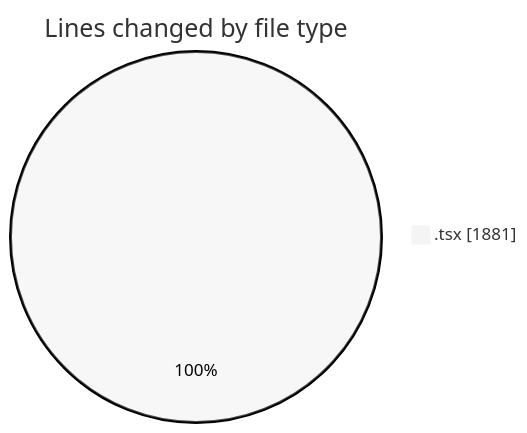
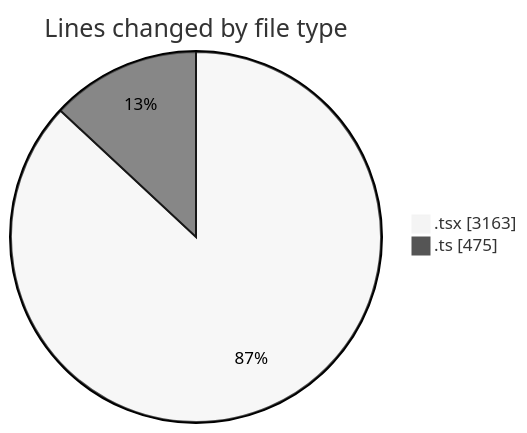
Before and after one commit to nxtqubesakshisongat/code-tracking: the first of 2 diagrams in 2026-03-10/nxtqube_webapp/README.md, drawn with Mermaid (neutral theme). The commit also changed other lines of this file and 1 other file, not shown here.

````diff
--- a/2026-03-10/nxtqube_webapp/README.md
+++ b/2026-03-10/nxtqube_webapp/README.md
@@ -21,5 +25,6 @@
 ```mermaid
 pie showData
 title Lines changed by file type
-".tsx" : 1881
+".tsx" : 3163
+".ts" : 475
 ```
````
